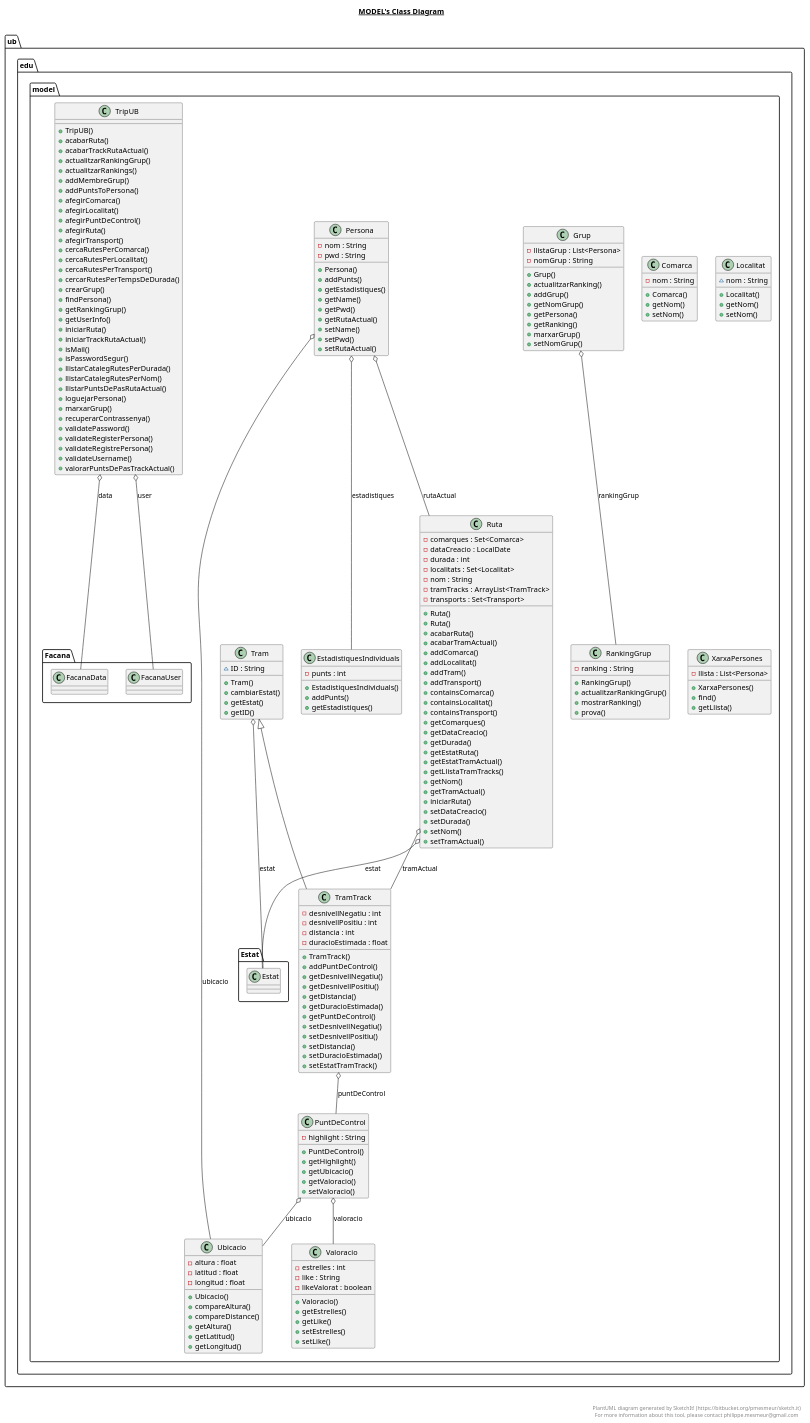
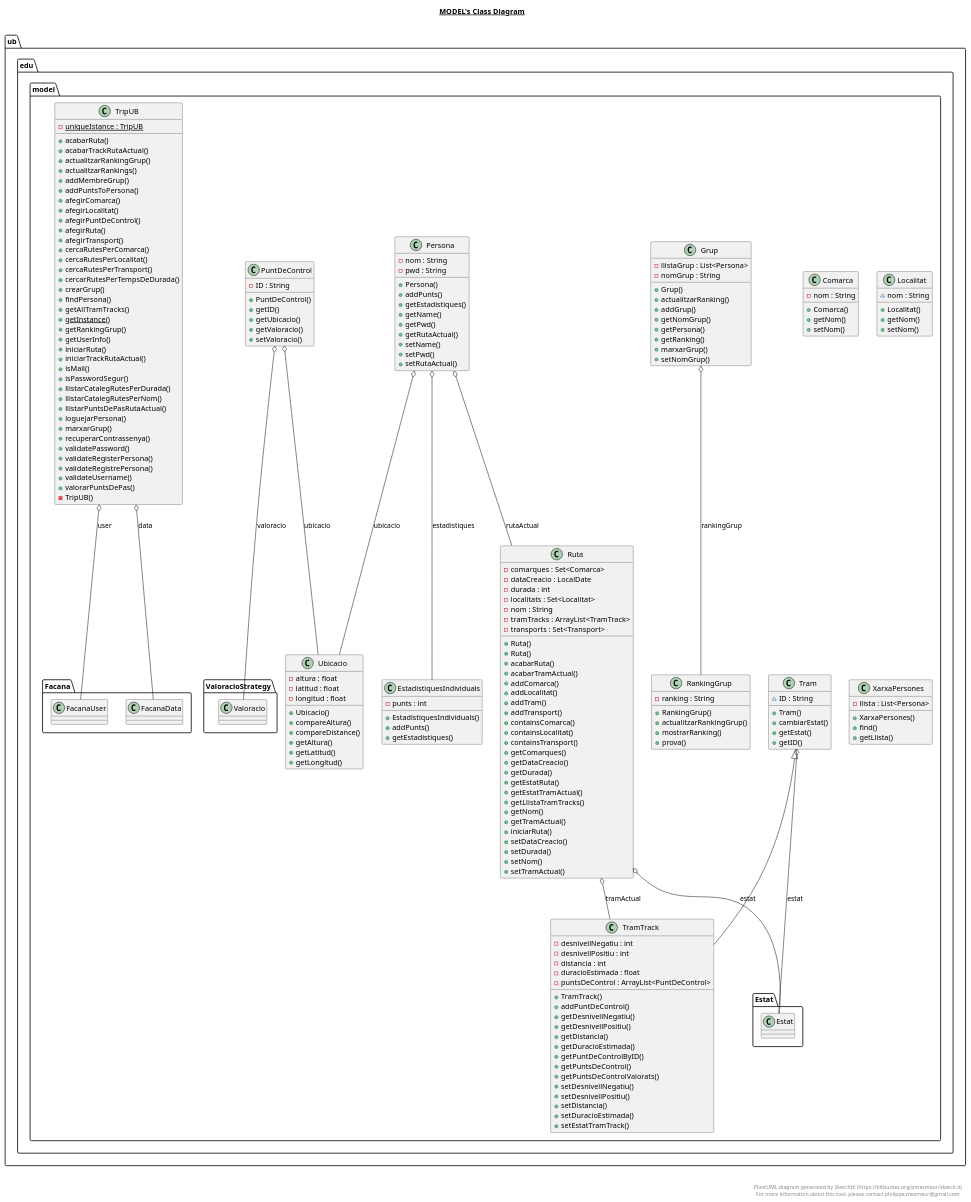
The diagram in out/production/p2-tripu-dao-a12/ub/edu/model/model.plantuml (Samot2003/p3-tripu-dao-a12_reava), drawn with PlantUML before and after one commit. The commit also changed 37 other files, not shown here.

Commit message:
Hem aplicat singleton finalment a controller, hem acabat els tests nous i retocat diagrames

```diff
--- a/out/production/p2-tripu-dao-a12/ub/edu/model/model.plantuml
+++ b/out/production/p2-tripu-dao-a12/ub/edu/model/model.plantuml
@@ -67,9 +67,9 @@
 
   namespace ub.edu.model {
     class ub.edu.model.PuntDeControl {
-        - highlight : String
+        - ID : String
         + PuntDeControl()
-        + getHighlight()
+        + getID()
         + getUbicacio()
         + getValoracio()
         + setValoracio()
@@ -142,13 +142,16 @@
         - desnivellPositiu : int
         - distancia : int
         - duracioEstimada : float
+        - puntsDeControl : ArrayList<PuntDeControl>
         + TramTrack()
         + addPuntDeControl()
         + getDesnivellNegatiu()
         + getDesnivellPositiu()
         + getDistancia()
         + getDuracioEstimada()
-        + getPuntDeControl()
+        + getPuntDeControlByID()
+        + getPuntsDeControl()
+        + getPuntsDeControlValorats()
         + setDesnivellNegatiu()
         + setDesnivellPositiu()
         + setDistancia()
@@ -160,7 +163,7 @@
 
   namespace ub.edu.model {
     class ub.edu.model.TripUB {
-        + TripUB()
+        {static} - uniqueIstance : TripUB
         + acabarRuta()
         + acabarTrackRutaActual()
         + actualitzarRankingGrup()
@@ -178,6 +181,8 @@
         + cercarRutesPerTempsDeDurada()
         + crearGrup()
         + findPersona()
+        + getAllTramTracks()
+        {static} + getInstance()
         + getRankingGrup()
         + getUserInfo()
         + iniciarRuta()
@@ -194,7 +199,8 @@
         + validateRegisterPersona()
         + validateRegistrePersona()
         + validateUsername()
-        + valorarPuntsDePasTrackActual()
+        + valorarPuntsDePas()
+        - TripUB()
     }
   }
   
@@ -215,20 +221,6 @@
   
 
   namespace ub.edu.model {
-    class ub.edu.model.Valoracio {
-        - estrelles : int
-        - like : String
-        - likeValorat : boolean
-        + Valoracio()
-        + getEstrelles()
-        + getLike()
-        + setEstrelles()
-        + setLike()
-    }
-  }
-  
-
-  namespace ub.edu.model {
     class ub.edu.model.XarxaPersones {
         - llista : List<Persona>
         + XarxaPersones()
@@ -243,12 +235,11 @@
   ub.edu.model.Persona o-- ub.edu.model.Ruta : rutaActual
   ub.edu.model.Persona o-- ub.edu.model.Ubicacio : ubicacio
   ub.edu.model.PuntDeControl o-- ub.edu.model.Ubicacio : ubicacio
-  ub.edu.model.PuntDeControl o-- ub.edu.model.Valoracio : valoracio
+  ub.edu.model.PuntDeControl o-- ub.edu.model.ValoracioStrategy.Valoracio : valoracio
   ub.edu.model.Ruta o-- ub.edu.model.Estat.Estat : estat
   ub.edu.model.Ruta o-- ub.edu.model.TramTrack : tramActual
   ub.edu.model.Tram o-- ub.edu.model.Estat.Estat : estat
   ub.edu.model.TramTrack -up-|> ub.edu.model.Tram
-  ub.edu.model.TramTrack o-- ub.edu.model.PuntDeControl : puntDeControl
   ub.edu.model.TripUB o-- ub.edu.model.Facana.FacanaData : data
   ub.edu.model.TripUB o-- ub.edu.model.Facana.FacanaUser : user
 
```
